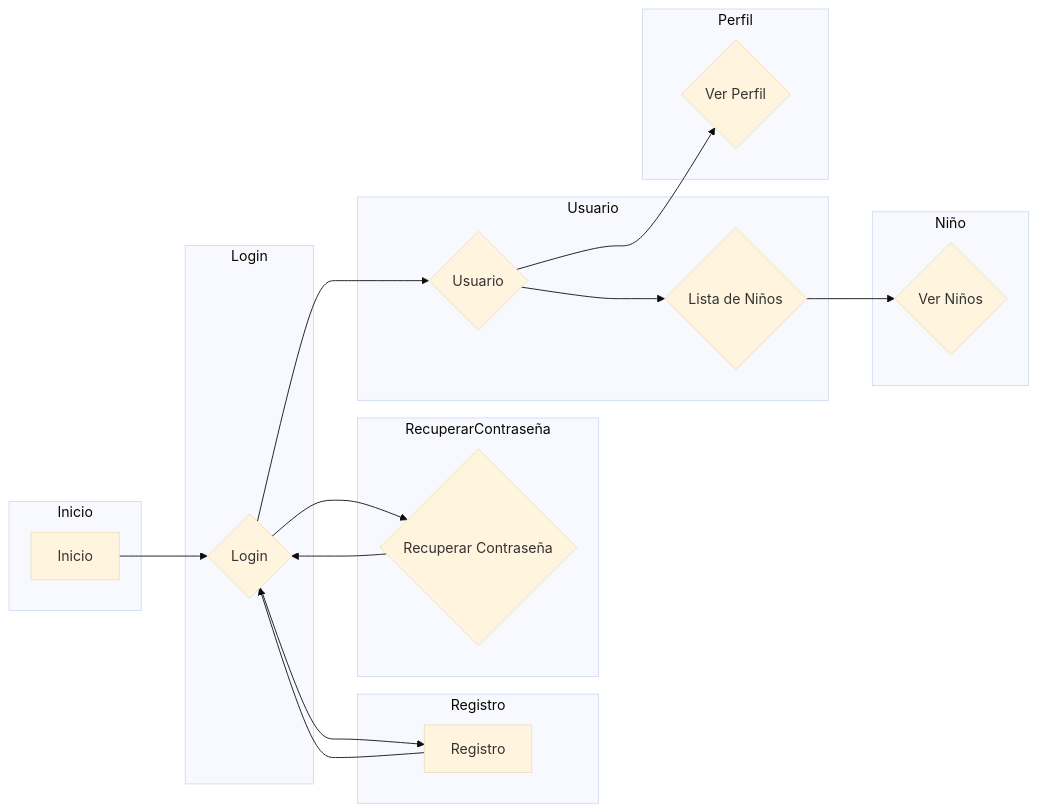
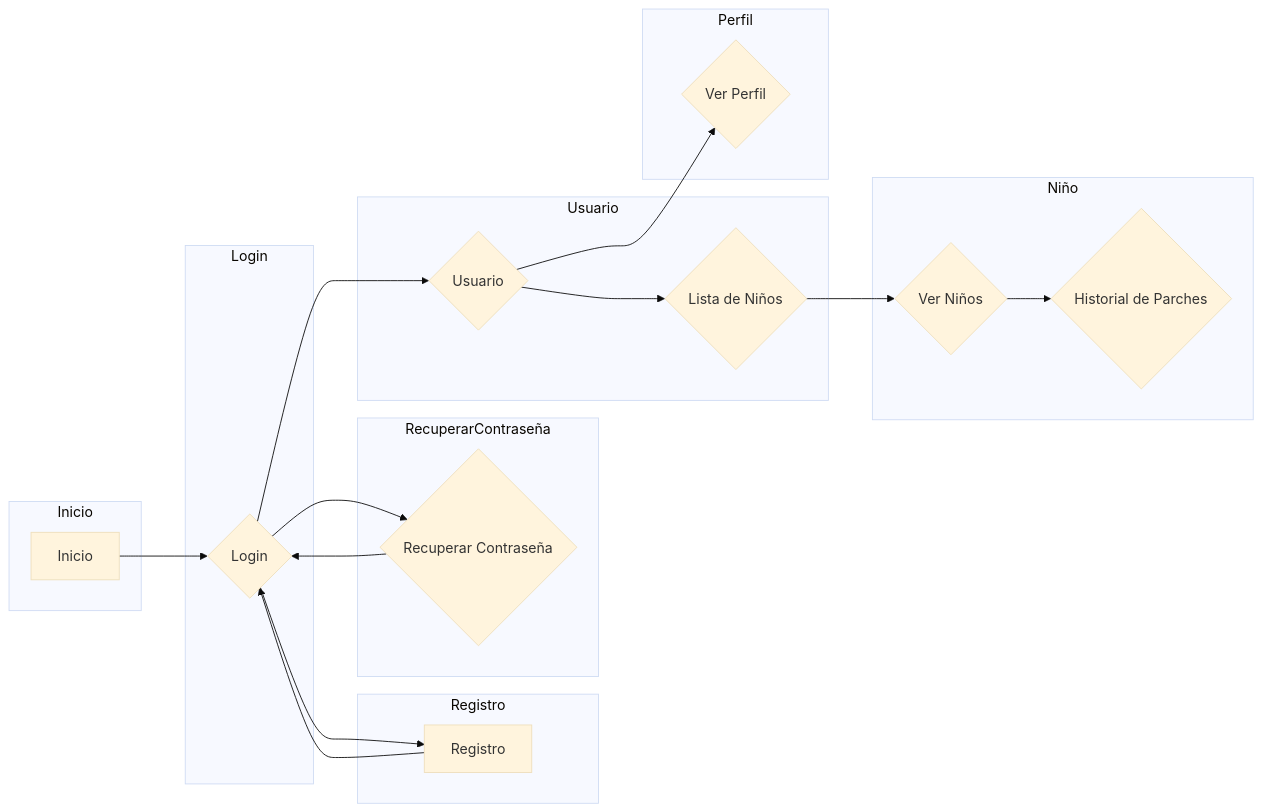
One commit to mactiburon/tapatapp changed the diagram in DiagramaVista.mermaid. Above: the diagram before and after it, drawn with Mermaid (base theme).

Commit message:
DiagramaVista.mermaid

```diff
--- a/DiagramaVista.mermaid
+++ b/DiagramaVista.mermaid
@@ -1,33 +1,35 @@
 graph LR
     subgraph Inicio
         A[Inicio]
     end
     subgraph Login
         B{Login}
     end
     subgraph Registro
         C[Registro]
     end
     subgraph RecuperarContraseña
         D{Recuperar Contraseña}
     end
     subgraph Usuario
         E{Usuario}
         I{Lista de Niños}
     end
     subgraph Perfil
         F{Ver Perfil}
     end
     subgraph Niño
         G{Ver Niños}
+        H{Historial de Parches}
     end
 
     A --> B
     B --> C
     B --> D
     C --> B
     D --> B
     B --> E
     E --> F
     E --> I
     I --> G
+    G --> H
```
